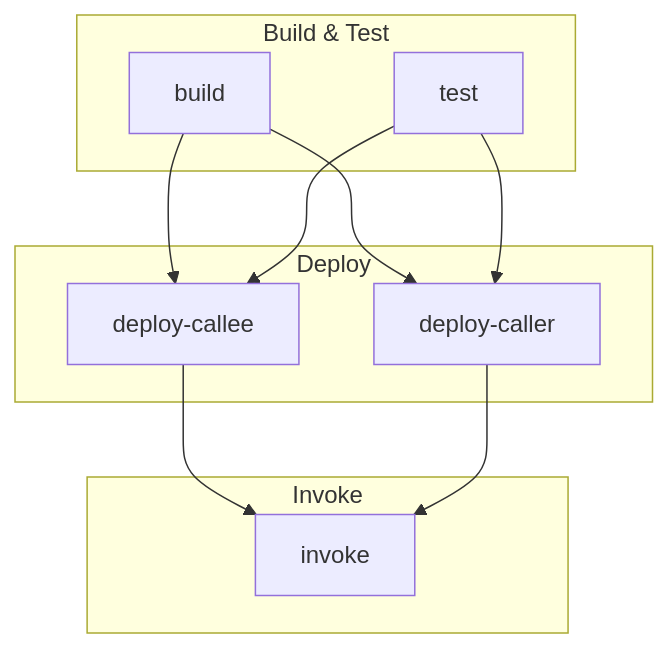
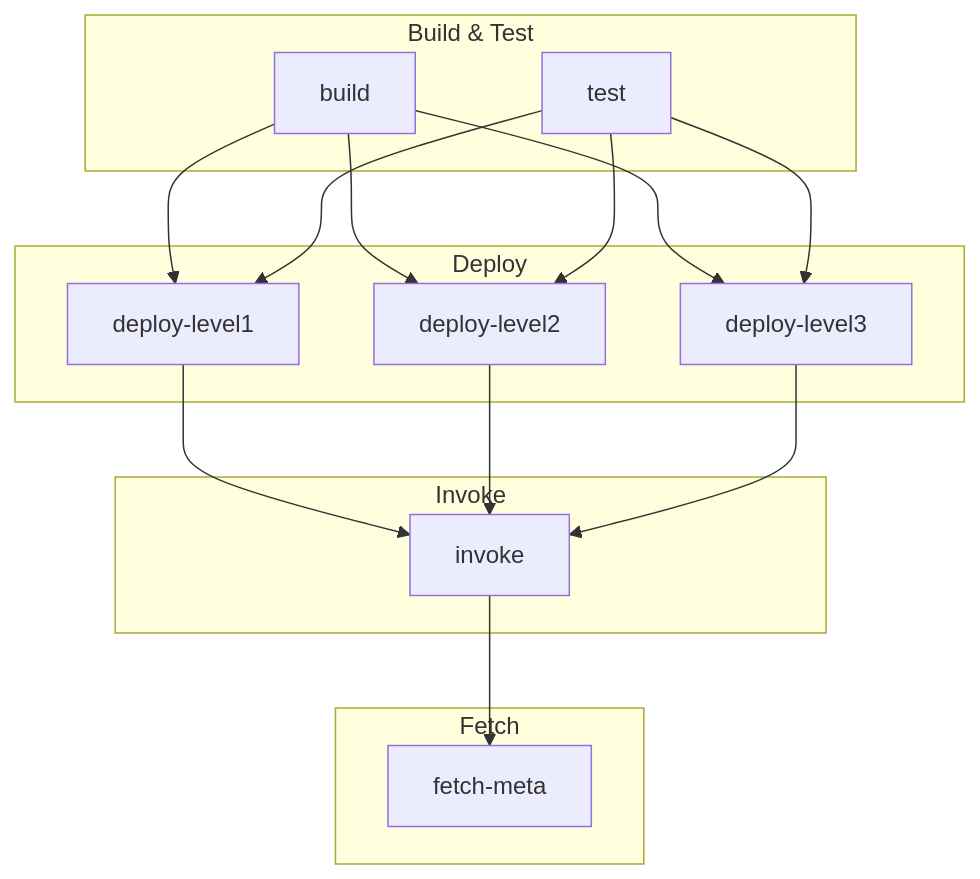
One commit to leighmcculloch/exp-stellar-contract-partial-fail changed the diagram in README.md. Above: the diagram before and after it, drawn with Mermaid. The commit also changed other lines of this file and 21 other files, not shown here.

Commit message:
rename contracts from caller/callee to level1/level2/level3

````diff
--- a/README.md
+++ b/README.md
@@ -85,23 +102,32 @@
 ```mermaid
 flowchart TD
     subgraph Build & Test
         build[build]
         test[test]
     end
 
     subgraph Deploy
-        deploy-callee[deploy-callee]
-        deploy-caller[deploy-caller]
+        deploy-level1[deploy-level1]
+        deploy-level2[deploy-level2]
+        deploy-level3[deploy-level3]
     end
 
     subgraph Invoke
         invoke[invoke]
     end
 
-    build --> deploy-callee
-    build --> deploy-caller
-    test --> deploy-callee
-    test --> deploy-caller
-    deploy-callee --> invoke
-    deploy-caller --> invoke
+    subgraph Fetch
+        fetch-meta[fetch-meta]
+    end
+
+    build --> deploy-level1
+    build --> deploy-level2
+    build --> deploy-level3
+    test --> deploy-level1
+    test --> deploy-level2
+    test --> deploy-level3
+    deploy-level1 --> invoke
+    deploy-level2 --> invoke
+    deploy-level3 --> invoke
+    invoke --> fetch-meta
 ```
````
